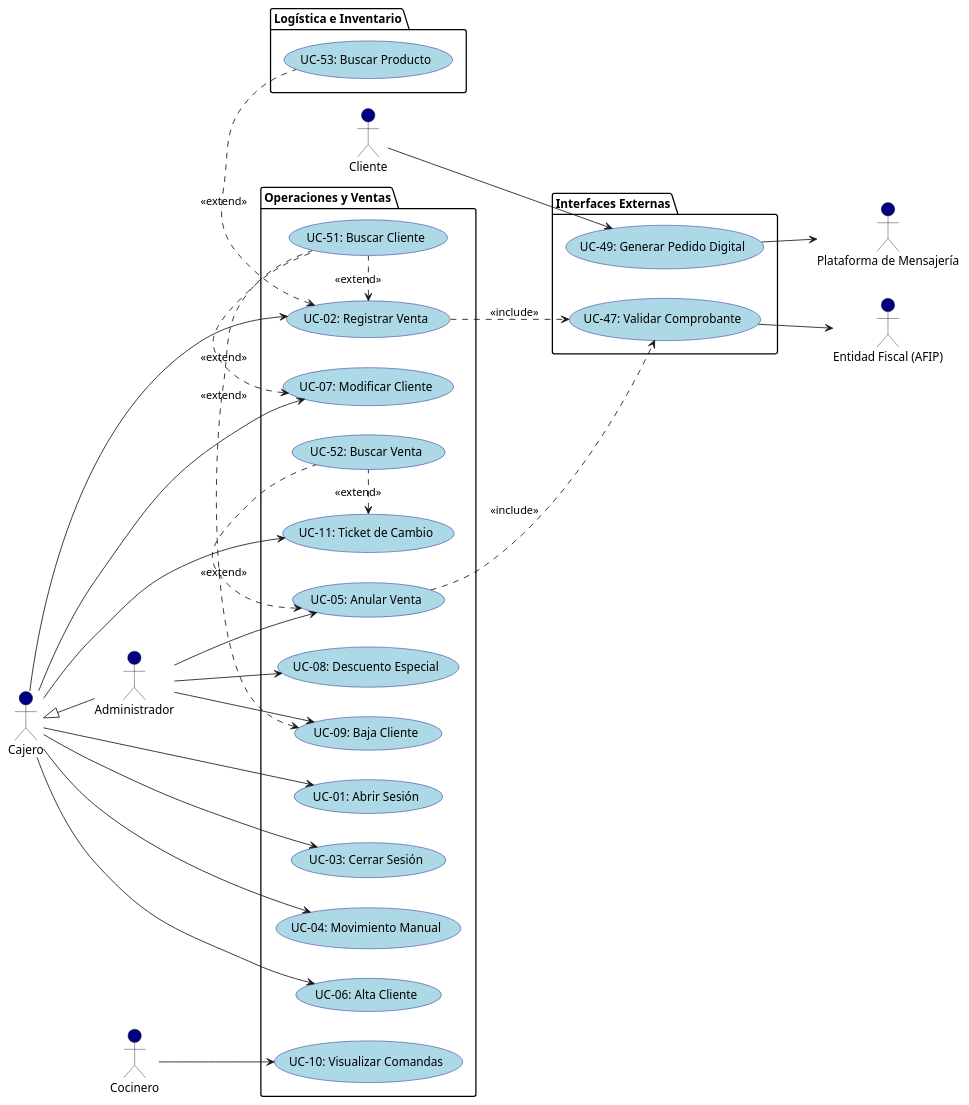
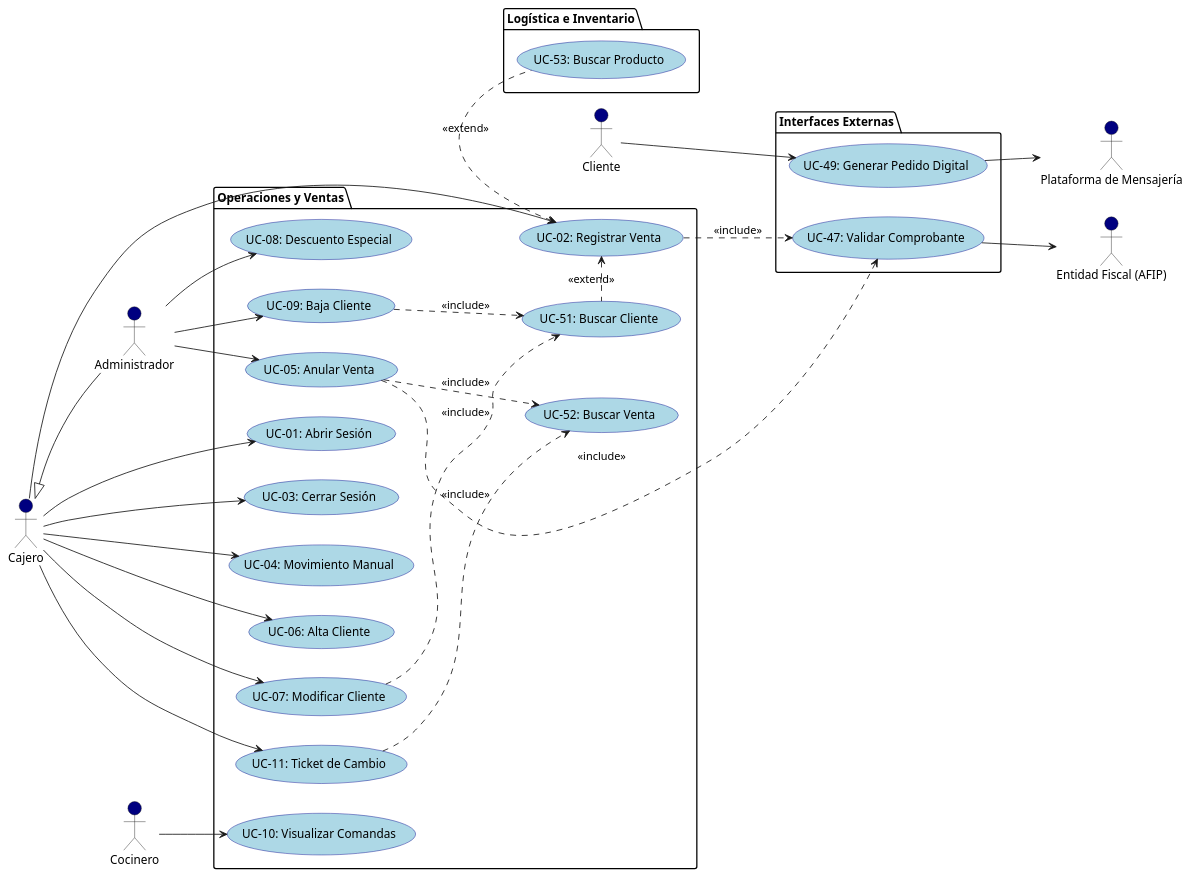
One commit to DiegoParadiso/owens changed the second of 6 diagrams in docs/2_Requisitos_y_Arquitectura/diagramas_plantuml.md. Above: the diagram before and after it, drawn with PlantUML. The commit also changed other lines of this file and 15957 other files, not shown here.

````diff
--- a/docs/2_Requisitos_y_Arquitectura/diagramas_plantuml.md
+++ b/docs/2_Requisitos_y_Arquitectura/diagramas_plantuml.md
@@ -233,67 +241,67 @@
 ```plantuml
 @startuml
 left to right direction
 skinparam usecaseBackgroundColor LightBlue
 skinparam usecaseBorderColor DarkBlue
 skinparam actorBackgroundColor Navy
 
 actor "Cajero" as Cajero
 actor "Administrador" as Administrador
 actor "Cliente" as Cliente
 actor "Cocinero" as Cocinero
 actor "Entidad Fiscal (AFIP)" as AFIP
 actor "Plataforma de Mensajería" as Mensajeria
 
 Cajero <|-- Administrador
 
 package "Operaciones y Ventas" {
     usecase "UC-01: Abrir Sesión" as UC01
     usecase "UC-02: Registrar Venta" as UC02
     usecase "UC-03: Cerrar Sesión" as UC03
     usecase "UC-04: Movimiento Manual" as UC04
     usecase "UC-05: Anular Venta" as UC05
     usecase "UC-06: Alta Cliente" as UC06
     usecase "UC-07: Modificar Cliente" as UC07
     usecase "UC-08: Descuento Especial" as UC08
     usecase "UC-09: Baja Cliente" as UC09
     usecase "UC-10: Visualizar Comandas" as UC10
     usecase "UC-11: Ticket de Cambio" as UC11
     usecase "UC-51: Buscar Cliente" as UC51
     usecase "UC-52: Buscar Venta" as UC52
 }
 
 package "Interfaces Externas" {
     usecase "UC-47: Validar Comprobante" as UC47
     usecase "UC-49: Generar Pedido Digital" as UC49
 }
 
 package "Logística e Inventario" {
     usecase "UC-53: Buscar Producto" as UC53
 }
 
 Cajero --> UC01
 Cajero --> UC02
 Cajero --> UC03
 Cajero --> UC04
 Administrador --> UC05
 Cajero --> UC06
 Cajero --> UC07
 Administrador --> UC08
 Administrador --> UC09
 Cocinero --> UC10
 Cajero --> UC11
 
 Cliente --> UC49
 UC49 --> Mensajeria
 
 UC02 ..> UC47 : <<include>>
 UC05 ..> UC47 : <<include>>
 UC47 --> AFIP
 UC51 .left.> UC02 : <<extend>>
-UC51 .left.> UC07 : <<extend>>
-UC51 .left.> UC09 : <<extend>>
-UC52 .left.> UC05 : <<extend>>
-UC52 .left.> UC11 : <<extend>>
+UC07 ..> UC51 : <<include>>
+UC09 ..> UC51 : <<include>>
+UC05 ..> UC52 : <<include>>
+UC11 ..> UC52 : <<include>>
 UC53 .left.> UC02 : <<extend>>
 @enduml
 ```
````
